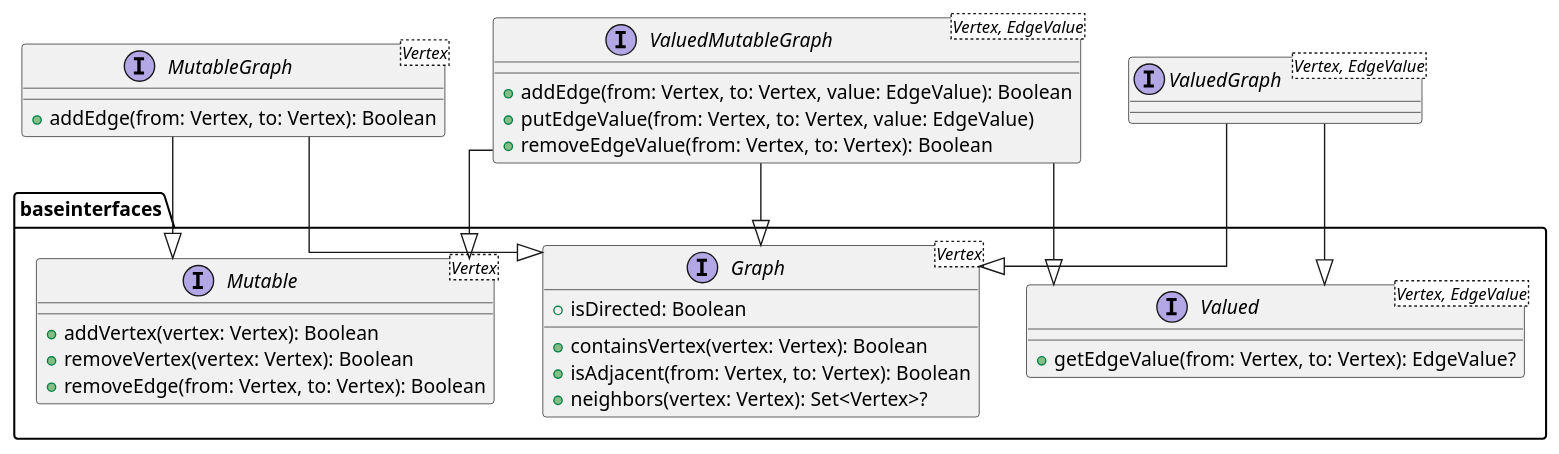
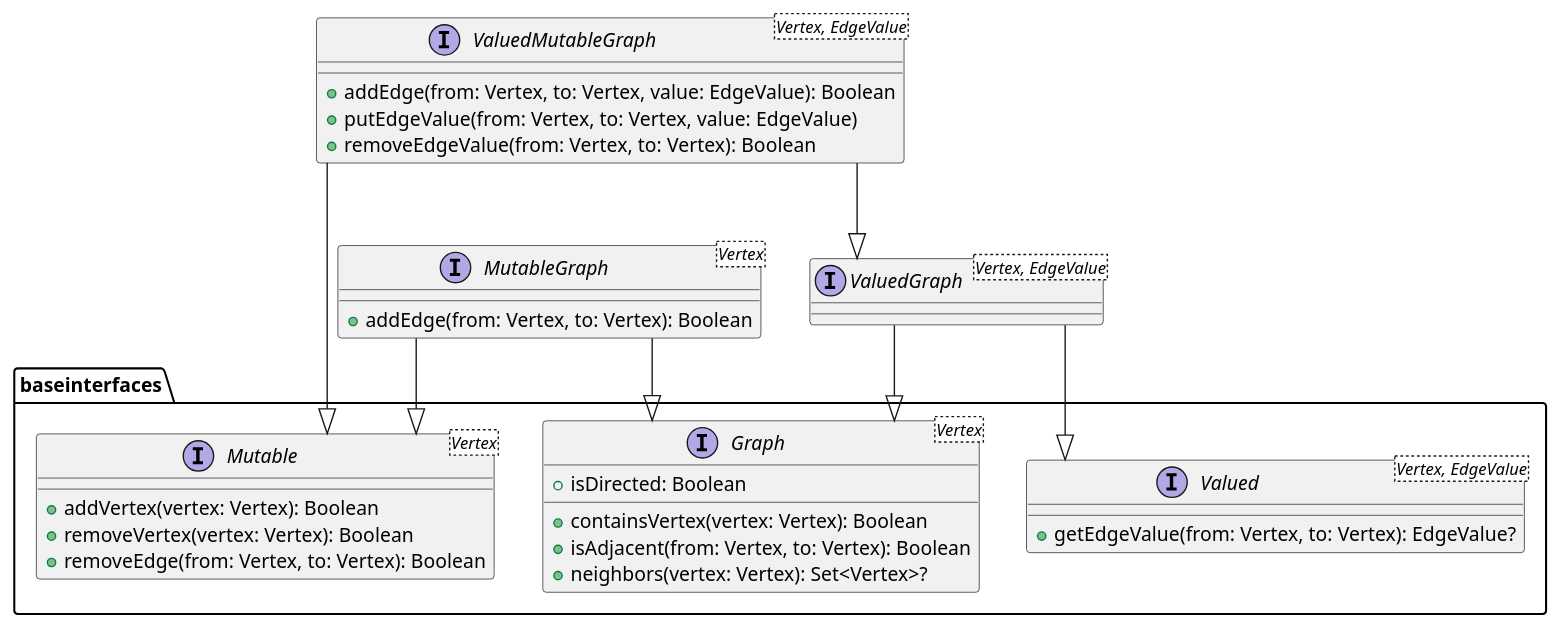
The diagram in docs/Interfaces.puml (koenichiwa/graph), drawn with PlantUML before and after one commit. The commit also changed 4 other files, not shown here.

```diff
--- a/docs/Interfaces.puml
+++ b/docs/Interfaces.puml
@@ -1,44 +1,44 @@
 @startuml
 
 skinparam linetype ortho
 
 package baseinterfaces {
     interface Graph<Vertex> {
         + isDirected: Boolean
 
         + containsVertex(vertex: Vertex): Boolean
         + isAdjacent(from: Vertex, to: Vertex): Boolean
         + neighbors(vertex: Vertex): Set<Vertex>?
     }
 
     interface Mutable<Vertex>{
         + addVertex(vertex: Vertex): Boolean
         + removeVertex(vertex: Vertex): Boolean
         + removeEdge(from: Vertex, to: Vertex): Boolean
     }
 
     interface Valued<Vertex, EdgeValue> {
         + getEdgeValue(from: Vertex, to: Vertex): EdgeValue?
     }
 }
 
 interface MutableGraph<Vertex>{
     + addEdge(from: Vertex, to: Vertex): Boolean
 }
 MutableGraph --|> Graph
 MutableGraph --|> Mutable
 
 interface ValuedGraph<Vertex, EdgeValue>
 ValuedGraph --|> Graph
 ValuedGraph --|> Valued
 
 interface ValuedMutableGraph<Vertex, EdgeValue>{
     + addEdge(from: Vertex, to: Vertex, value: EdgeValue): Boolean
     + putEdgeValue(from: Vertex, to: Vertex, value: EdgeValue)
     + removeEdgeValue(from: Vertex, to: Vertex): Boolean
 }
-ValuedMutableGraph --|> Graph
+
 ValuedMutableGraph --|> Mutable
-ValuedMutableGraph --|> Valued
+ValuedMutableGraph --|> ValuedGraph
 
 @enduml
```
